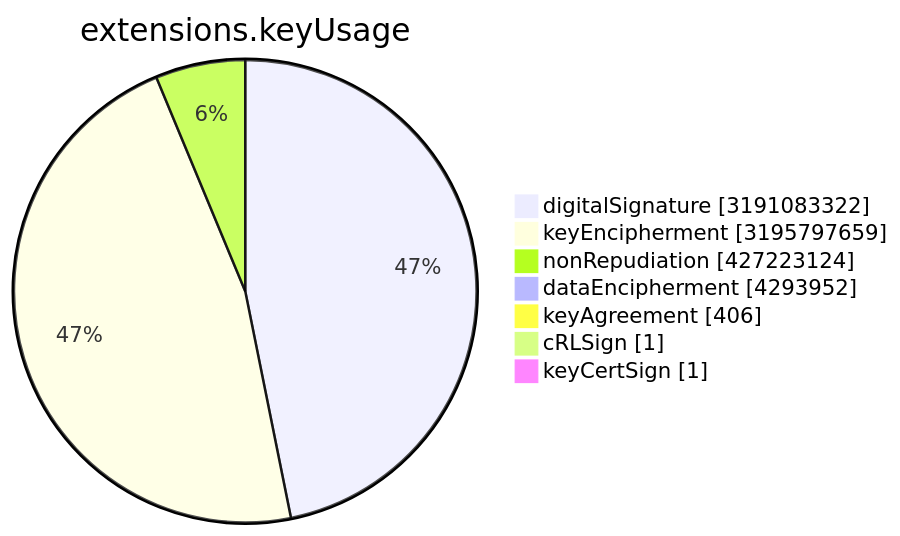
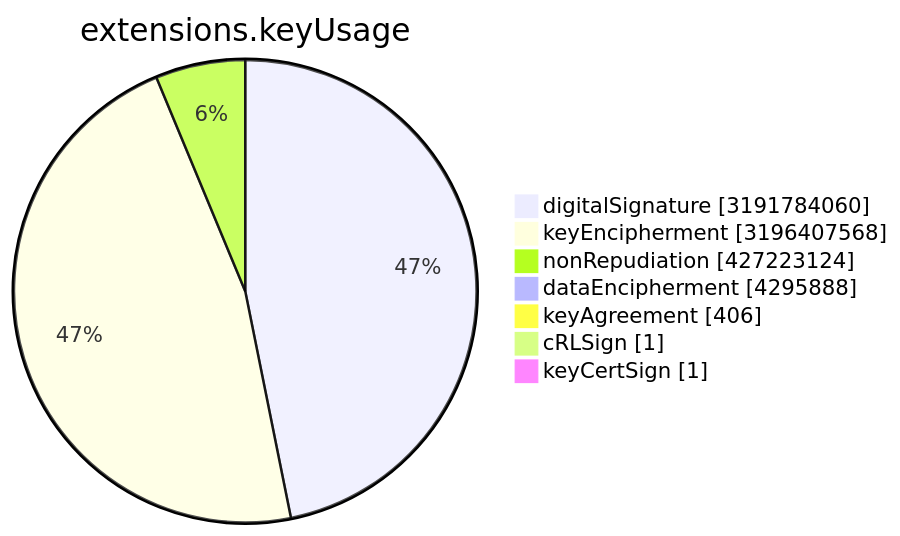
The sixth of 15 diagrams in TOTAL/README.md (christiankrug/ctmonitor_visualization), drawn with Mermaid before and after one commit. The commit also changed other lines of this file, not shown here.

````diff
--- a/TOTAL/README.md
+++ b/TOTAL/README.md
@@ -3077,11 +3077,11 @@
 ```mermaid
 pie showData
 title extensions.keyUsage
-"digitalSignature" :3191083322
-"keyEncipherment" :3195797659
+"digitalSignature" :3191784060
+"keyEncipherment" :3196407568
 "nonRepudiation" :427223124
-"dataEncipherment" :4293952
+"dataEncipherment" :4295888
 "keyAgreement" :406
 "cRLSign" :1
 "keyCertSign" :1
 ```
````
